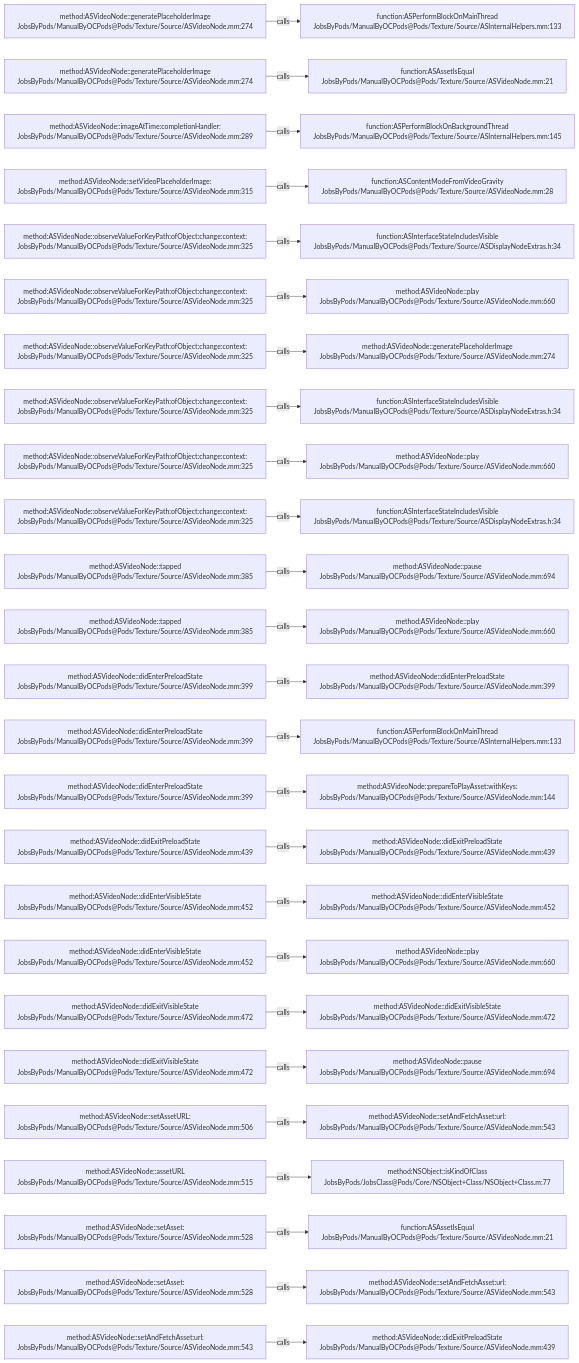
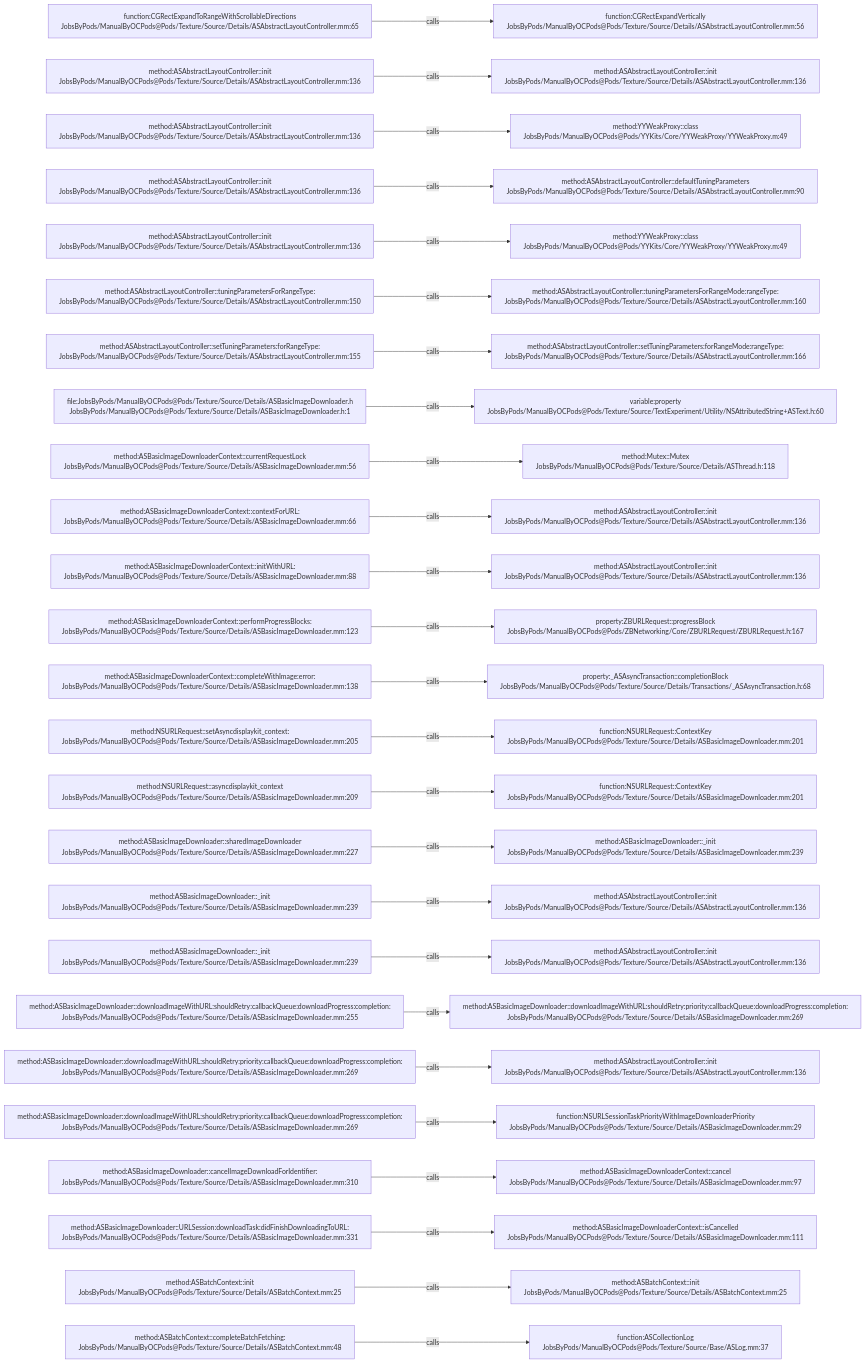
One commit to JobsKits/JobsOCBaseConfigDemo changed the diagram in .codegraph/codegraph.md/graphs/calls-135.md. Above: the diagram before and after it, drawn with Mermaid. The commit also changed 2723 other files, not shown here.

````diff
--- a/.codegraph/codegraph.md/graphs/calls-135.md
+++ b/.codegraph/codegraph.md/graphs/calls-135.md
@@ -13,78 +13,78 @@
 ```mermaid
 flowchart LR
-  S1["method:ASVideoNode::generatePlaceholderImage<br/>JobsByPods/ManualByOCPods@Pods/Texture/Source/ASVideoNode.mm:274"]
-  T1["function:ASPerformBlockOnMainThread<br/>JobsByPods/ManualByOCPods@Pods/Texture/Source/ASInternalHelpers.mm:133"]
+  S1["function:CGRectExpandToRangeWithScrollableDirections<br/>JobsByPods/ManualByOCPods@Pods/Texture/Source/Details/ASAbstractLayoutController.mm:65"]
+  T1["function:CGRectExpandVertically<br/>JobsByPods/ManualByOCPods@Pods/Texture/Source/Details/ASAbstractLayoutController.mm:56"]
   S1 -->|calls| T1
-  S2["method:ASVideoNode::generatePlaceholderImage<br/>JobsByPods/ManualByOCPods@Pods/Texture/Source/ASVideoNode.mm:274"]
-  T2["function:ASAssetIsEqual<br/>JobsByPods/ManualByOCPods@Pods/Texture/Source/ASVideoNode.mm:21"]
+  S2["method:ASAbstractLayoutController::init<br/>JobsByPods/ManualByOCPods@Pods/Texture/Source/Details/ASAbstractLayoutController.mm:136"]
+  T2["method:ASAbstractLayoutController::init<br/>JobsByPods/ManualByOCPods@Pods/Texture/Source/Details/ASAbstractLayoutController.mm:136"]
   S2 -->|calls| T2
-  S3["method:ASVideoNode::imageAtTime:completionHandler:<br/>JobsByPods/ManualByOCPods@Pods/Texture/Source/ASVideoNode.mm:289"]
-  T3["function:ASPerformBlockOnBackgroundThread<br/>JobsByPods/ManualByOCPods@Pods/Texture/Source/ASInternalHelpers.mm:145"]
+  S3["method:ASAbstractLayoutController::init<br/>JobsByPods/ManualByOCPods@Pods/Texture/Source/Details/ASAbstractLayoutController.mm:136"]
+  T3["method:YYWeakProxy::class<br/>JobsByPods/ManualByOCPods@Pods/YYKits/Core/YYWeakProxy/YYWeakProxy.m:49"]
   S3 -->|calls| T3
-  S4["method:ASVideoNode::setVideoPlaceholderImage:<br/>JobsByPods/ManualByOCPods@Pods/Texture/Source/ASVideoNode.mm:315"]
-  T4["function:ASContentModeFromVideoGravity<br/>JobsByPods/ManualByOCPods@Pods/Texture/Source/ASVideoNode.mm:28"]
+  S4["method:ASAbstractLayoutController::init<br/>JobsByPods/ManualByOCPods@Pods/Texture/Source/Details/ASAbstractLayoutController.mm:136"]
+  T4["method:ASAbstractLayoutController::defaultTuningParameters<br/>JobsByPods/ManualByOCPods@Pods/Texture/Source/Details/ASAbstractLayoutController.mm:90"]
   S4 -->|calls| T4
-  S5["method:ASVideoNode::observeValueForKeyPath:ofObject:change:context:<br/>JobsByPods/ManualByOCPods@Pods/Texture/Source/ASVideoNode.mm:325"]
-  T5["function:ASInterfaceStateIncludesVisible<br/>JobsByPods/ManualByOCPods@Pods/Texture/Source/ASDisplayNodeExtras.h:34"]
+  S5["method:ASAbstractLayoutController::init<br/>JobsByPods/ManualByOCPods@Pods/Texture/Source/Details/ASAbstractLayoutController.mm:136"]
+  T5["method:YYWeakProxy::class<br/>JobsByPods/ManualByOCPods@Pods/YYKits/Core/YYWeakProxy/YYWeakProxy.m:49"]
   S5 -->|calls| T5
-  S6["method:ASVideoNode::observeValueForKeyPath:ofObject:change:context:<br/>JobsByPods/ManualByOCPods@Pods/Texture/Source/ASVideoNode.mm:325"]
-  T6["method:ASVideoNode::play<br/>JobsByPods/ManualByOCPods@Pods/Texture/Source/ASVideoNode.mm:660"]
+  S6["method:ASAbstractLayoutController::tuningParametersForRangeType:<br/>JobsByPods/ManualByOCPods@Pods/Texture/Source/Details/ASAbstractLayoutController.mm:150"]
+  T6["method:ASAbstractLayoutController::tuningParametersForRangeMode:rangeType:<br/>JobsByPods/ManualByOCPods@Pods/Texture/Source/Details/ASAbstractLayoutController.mm:160"]
   S6 -->|calls| T6
-  S7["method:ASVideoNode::observeValueForKeyPath:ofObject:change:context:<br/>JobsByPods/ManualByOCPods@Pods/Texture/Source/ASVideoNode.mm:325"]
-  T7["method:ASVideoNode::generatePlaceholderImage<br/>JobsByPods/ManualByOCPods@Pods/Texture/Source/ASVideoNode.mm:274"]
+  S7["method:ASAbstractLayoutController::setTuningParameters:forRangeType:<br/>JobsByPods/ManualByOCPods@Pods/Texture/Source/Details/ASAbstractLayoutController.mm:155"]
+  T7["method:ASAbstractLayoutController::setTuningParameters:forRangeMode:rangeType:<br/>JobsByPods/ManualByOCPods@Pods/Texture/Source/Details/ASAbstractLayoutController.mm:166"]
   S7 -->|calls| T7
-  S8["method:ASVideoNode::observeValueForKeyPath:ofObject:change:context:<br/>JobsByPods/ManualByOCPods@Pods/Texture/Source/ASVideoNode.mm:325"]
-  T8["function:ASInterfaceStateIncludesVisible<br/>JobsByPods/ManualByOCPods@Pods/Texture/Source/ASDisplayNodeExtras.h:34"]
+  S8["file:JobsByPods/ManualByOCPods@Pods/Texture/Source/Details/ASBasicImageDownloader.h<br/>JobsByPods/ManualByOCPods@Pods/Texture/Source/Details/ASBasicImageDownloader.h:1"]
+  T8["variable:property<br/>JobsByPods/ManualByOCPods@Pods/Texture/Source/TextExperiment/Utility/NSAttributedString+ASText.h:60"]
   S8 -->|calls| T8
-  S9["method:ASVideoNode::observeValueForKeyPath:ofObject:change:context:<br/>JobsByPods/ManualByOCPods@Pods/Texture/Source/ASVideoNode.mm:325"]
-  T9["method:ASVideoNode::play<br/>JobsByPods/ManualByOCPods@Pods/Texture/Source/ASVideoNode.mm:660"]
+  S9["method:ASBasicImageDownloaderContext::currentRequestLock<br/>JobsByPods/ManualByOCPods@Pods/Texture/Source/Details/ASBasicImageDownloader.mm:56"]
+  T9["method:Mutex::Mutex<br/>JobsByPods/ManualByOCPods@Pods/Texture/Source/Details/ASThread.h:118"]
   S9 -->|calls| T9
-  S10["method:ASVideoNode::observeValueForKeyPath:ofObject:change:context:<br/>JobsByPods/ManualByOCPods@Pods/Texture/Source/ASVideoNode.mm:325"]
-  T10["function:ASInterfaceStateIncludesVisible<br/>JobsByPods/ManualByOCPods@Pods/Texture/Source/ASDisplayNodeExtras.h:34"]
+  S10["method:ASBasicImageDownloaderContext::contextForURL:<br/>JobsByPods/ManualByOCPods@Pods/Texture/Source/Details/ASBasicImageDownloader.mm:66"]
+  T10["method:ASAbstractLayoutController::init<br/>JobsByPods/ManualByOCPods@Pods/Texture/Source/Details/ASAbstractLayoutController.mm:136"]
   S10 -->|calls| T10
-  S11["method:ASVideoNode::tapped<br/>JobsByPods/ManualByOCPods@Pods/Texture/Source/ASVideoNode.mm:385"]
-  T11["method:ASVideoNode::pause<br/>JobsByPods/ManualByOCPods@Pods/Texture/Source/ASVideoNode.mm:694"]
+  S11["method:ASBasicImageDownloaderContext::initWithURL:<br/>JobsByPods/ManualByOCPods@Pods/Texture/Source/Details/ASBasicImageDownloader.mm:88"]
+  T11["method:ASAbstractLayoutController::init<br/>JobsByPods/ManualByOCPods@Pods/Texture/Source/Details/ASAbstractLayoutController.mm:136"]
   S11 -->|calls| T11
-  S12["method:ASVideoNode::tapped<br/>JobsByPods/ManualByOCPods@Pods/Texture/Source/ASVideoNode.mm:385"]
-  T12["method:ASVideoNode::play<br/>JobsByPods/ManualByOCPods@Pods/Texture/Source/ASVideoNode.mm:660"]
+  S12["method:ASBasicImageDownloaderContext::performProgressBlocks:<br/>JobsByPods/ManualByOCPods@Pods/Texture/Source/Details/ASBasicImageDownloader.mm:123"]
+  T12["property:ZBURLRequest::progressBlock<br/>JobsByPods/ManualByOCPods@Pods/ZBNetworking/Core/ZBURLRequest/ZBURLRequest.h:167"]
   S12 -->|calls| T12
-  S13["method:ASVideoNode::didEnterPreloadState<br/>JobsByPods/ManualByOCPods@Pods/Texture/Source/ASVideoNode.mm:399"]
-  T13["method:ASVideoNode::didEnterPreloadState<br/>JobsByPods/ManualByOCPods@Pods/Texture/Source/ASVideoNode.mm:399"]
+  S13["method:ASBasicImageDownloaderContext::completeWithImage:error:<br/>JobsByPods/ManualByOCPods@Pods/Texture/Source/Details/ASBasicImageDownloader.mm:138"]
+  T13["property:_ASAsyncTransaction::completionBlock<br/>JobsByPods/ManualByOCPods@Pods/Texture/Source/Details/Transactions/_ASAsyncTransaction.h:68"]
   S13 -->|calls| T13
-  S14["method:ASVideoNode::didEnterPreloadState<br/>JobsByPods/ManualByOCPods@Pods/Texture/Source/ASVideoNode.mm:399"]
-  T14["function:ASPerformBlockOnMainThread<br/>JobsByPods/ManualByOCPods@Pods/Texture/Source/ASInternalHelpers.mm:133"]
+  S14["method:NSURLRequest::setAsyncdisplaykit_context:<br/>JobsByPods/ManualByOCPods@Pods/Texture/Source/Details/ASBasicImageDownloader.mm:205"]
+  T14["function:NSURLRequest::ContextKey<br/>JobsByPods/ManualByOCPods@Pods/Texture/Source/Details/ASBasicImageDownloader.mm:201"]
   S14 -->|calls| T14
-  S15["method:ASVideoNode::didEnterPreloadState<br/>JobsByPods/ManualByOCPods@Pods/Texture/Source/ASVideoNode.mm:399"]
-  T15["method:ASVideoNode::prepareToPlayAsset:withKeys:<br/>JobsByPods/ManualByOCPods@Pods/Texture/Source/ASVideoNode.mm:144"]
+  S15["method:NSURLRequest::asyncdisplaykit_context<br/>JobsByPods/ManualByOCPods@Pods/Texture/Source/Details/ASBasicImageDownloader.mm:209"]
+  T15["function:NSURLRequest::ContextKey<br/>JobsByPods/ManualByOCPods@Pods/Texture/Source/Details/ASBasicImageDownloader.mm:201"]
   S15 -->|calls| T15
-  S16["method:ASVideoNode::didExitPreloadState<br/>JobsByPods/ManualByOCPods@Pods/Texture/Source/ASVideoNode.mm:439"]
-  T16["method:ASVideoNode::didExitPreloadState<br/>JobsByPods/ManualByOCPods@Pods/Texture/Source/ASVideoNode.mm:439"]
+  S16["method:ASBasicImageDownloader::sharedImageDownloader<br/>JobsByPods/ManualByOCPods@Pods/Texture/Source/Details/ASBasicImageDownloader.mm:227"]
+  T16["method:ASBasicImageDownloader::_init<br/>JobsByPods/ManualByOCPods@Pods/Texture/Source/Details/ASBasicImageDownloader.mm:239"]
   S16 -->|calls| T16
-  S17["method:ASVideoNode::didEnterVisibleState<br/>JobsByPods/ManualByOCPods@Pods/Texture/Source/ASVideoNode.mm:452"]
-  T17["method:ASVideoNode::didEnterVisibleState<br/>JobsByPods/ManualByOCPods@Pods/Texture/Source/ASVideoNode.mm:452"]
+  S17["method:ASBasicImageDownloader::_init<br/>JobsByPods/ManualByOCPods@Pods/Texture/Source/Details/ASBasicImageDownloader.mm:239"]
+  T17["method:ASAbstractLayoutController::init<br/>JobsByPods/ManualByOCPods@Pods/Texture/Source/Details/ASAbstractLayoutController.mm:136"]
   S17 -->|calls| T17
-  S18["method:ASVideoNode::didEnterVisibleState<br/>JobsByPods/ManualByOCPods@Pods/Texture/Source/ASVideoNode.mm:452"]
-  T18["method:ASVideoNode::play<br/>JobsByPods/ManualByOCPods@Pods/Texture/Source/ASVideoNode.mm:660"]
+  S18["method:ASBasicImageDownloader::_init<br/>JobsByPods/ManualByOCPods@Pods/Texture/Source/Details/ASBasicImageDownloader.mm:239"]
+  T18["method:ASAbstractLayoutController::init<br/>JobsByPods/ManualByOCPods@Pods/Texture/Source/Details/ASAbstractLayoutController.mm:136"]
   S18 -->|calls| T18
-  S19["method:ASVideoNode::didExitVisibleState<br/>JobsByPods/ManualByOCPods@Pods/Texture/Source/ASVideoNode.mm:472"]
-  T19["method:ASVideoNode::didExitVisibleState<br/>JobsByPods/ManualByOCPods@Pods/Texture/Source/ASVideoNode.mm:472"]
+  S19["method:ASBasicImageDownloader::downloadImageWithURL:shouldRetry:callbackQueue:downloadProgress:completion:<br/>JobsByPods/ManualByOCPods@Pods/Texture/Source/Details/ASBasicImageDownloader.mm:255"]
+  T19["method:ASBasicImageDownloader::downloadImageWithURL:shouldRetry:priority:callbackQueue:downloadProgress:completion:<br/>JobsByPods/ManualByOCPods@Pods/Texture/Source/Details/ASBasicImageDownloader.mm:269"]
   S19 -->|calls| T19
-  S20["method:ASVideoNode::didExitVisibleState<br/>JobsByPods/ManualByOCPods@Pods/Texture/Source/ASVideoNode.mm:472"]
-  T20["method:ASVideoNode::pause<br/>JobsByPods/ManualByOCPods@Pods/Texture/Source/ASVideoNode.mm:694"]
+  S20["method:ASBasicImageDownloader::downloadImageWithURL:shouldRetry:priority:callbackQueue:downloadProgress:completion:<br/>JobsByPods/ManualByOCPods@Pods/Texture/Source/Details/ASBasicImageDownloader.mm:269"]
+  T20["method:ASAbstractLayoutController::init<br/>JobsByPods/ManualByOCPods@Pods/Texture/Source/Details/ASAbstractLayoutController.mm:136"]
   S20 -->|calls| T20
-  S21["method:ASVideoNode::setAssetURL:<br/>JobsByPods/ManualByOCPods@Pods/Texture/Source/ASVideoNode.mm:506"]
-  T21["method:ASVideoNode::setAndFetchAsset:url:<br/>JobsByPods/ManualByOCPods@Pods/Texture/Source/ASVideoNode.mm:543"]
+  S21["method:ASBasicImageDownloader::downloadImageWithURL:shouldRetry:priority:callbackQueue:downloadProgress:completion:<br/>JobsByPods/ManualByOCPods@Pods/Texture/Source/Details/ASBasicImageDownloader.mm:269"]
+  T21["function:NSURLSessionTaskPriorityWithImageDownloaderPriority<br/>JobsByPods/ManualByOCPods@Pods/Texture/Source/Details/ASBasicImageDownloader.mm:29"]
   S21 -->|calls| T21
-  S22["method:ASVideoNode::assetURL<br/>JobsByPods/ManualByOCPods@Pods/Texture/Source/ASVideoNode.mm:515"]
-  T22["method:NSObject::isKindOfClass<br/>JobsByPods/JobsClass@Pods/Core/NSObject+Class/NSObject+Class.m:77"]
+  S22["method:ASBasicImageDownloader::cancelImageDownloadForIdentifier:<br/>JobsByPods/ManualByOCPods@Pods/Texture/Source/Details/ASBasicImageDownloader.mm:310"]
+  T22["method:ASBasicImageDownloaderContext::cancel<br/>JobsByPods/ManualByOCPods@Pods/Texture/Source/Details/ASBasicImageDownloader.mm:97"]
   S22 -->|calls| T22
-  S23["method:ASVideoNode::setAsset:<br/>JobsByPods/ManualByOCPods@Pods/Texture/Source/ASVideoNode.mm:528"]
-  T23["function:ASAssetIsEqual<br/>JobsByPods/ManualByOCPods@Pods/Texture/Source/ASVideoNode.mm:21"]
+  S23["method:ASBasicImageDownloader::URLSession:downloadTask:didFinishDownloadingToURL:<br/>JobsByPods/ManualByOCPods@Pods/Texture/Source/Details/ASBasicImageDownloader.mm:331"]
+  T23["method:ASBasicImageDownloaderContext::isCancelled<br/>JobsByPods/ManualByOCPods@Pods/Texture/Source/Details/ASBasicImageDownloader.mm:111"]
   S23 -->|calls| T23
-  S24["method:ASVideoNode::setAsset:<br/>JobsByPods/ManualByOCPods@Pods/Texture/Source/ASVideoNode.mm:528"]
-  T24["method:ASVideoNode::setAndFetchAsset:url:<br/>JobsByPods/ManualByOCPods@Pods/Texture/Source/ASVideoNode.mm:543"]
+  S24["method:ASBatchContext::init<br/>JobsByPods/ManualByOCPods@Pods/Texture/Source/Details/ASBatchContext.mm:25"]
+  T24["method:ASBatchContext::init<br/>JobsByPods/ManualByOCPods@Pods/Texture/Source/Details/ASBatchContext.mm:25"]
   S24 -->|calls| T24
-  S25["method:ASVideoNode::setAndFetchAsset:url:<br/>JobsByPods/ManualByOCPods@Pods/Texture/Source/ASVideoNode.mm:543"]
-  T25["method:ASVideoNode::didExitPreloadState<br/>JobsByPods/ManualByOCPods@Pods/Texture/Source/ASVideoNode.mm:439"]
+  S25["method:ASBatchContext::completeBatchFetching:<br/>JobsByPods/ManualByOCPods@Pods/Texture/Source/Details/ASBatchContext.mm:48"]
+  T25["function:ASCollectionLog<br/>JobsByPods/ManualByOCPods@Pods/Texture/Source/Base/ASLog.mm:37"]
   S25 -->|calls| T25
 ```
````
